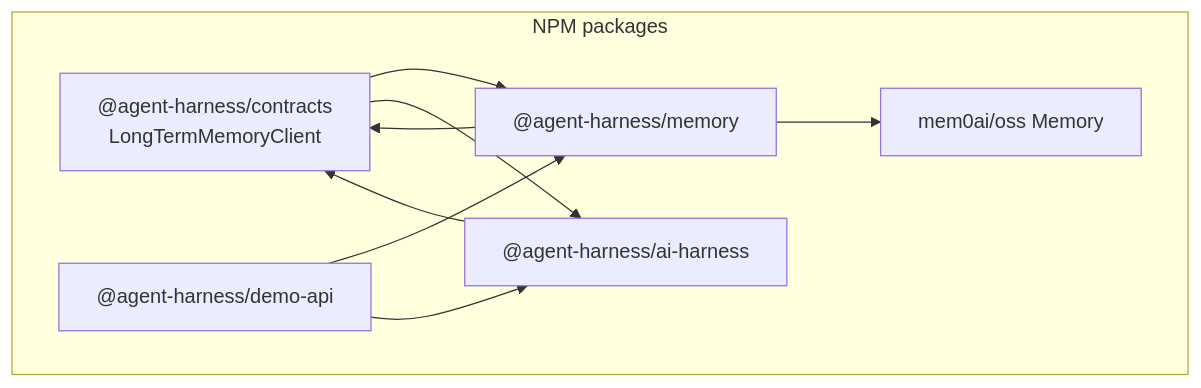
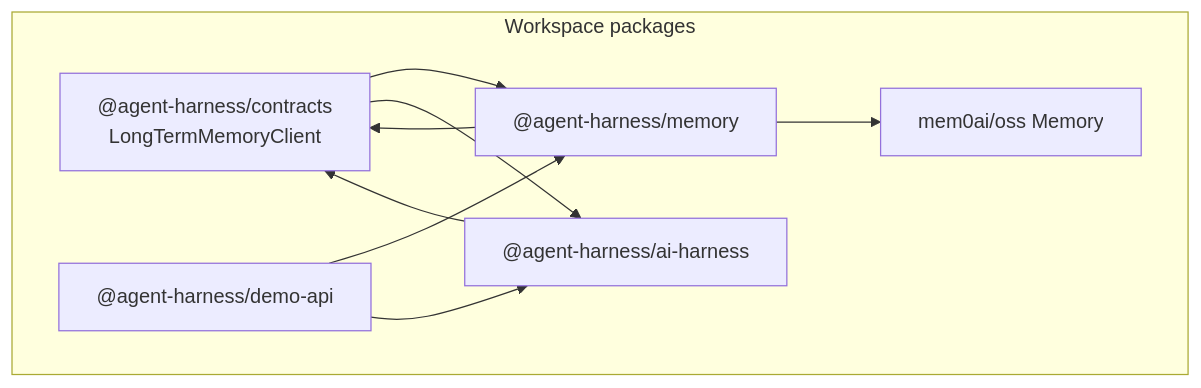
The first of 4 diagrams in packages/memory/README.md (c2pig/ai-harness), drawn with Mermaid before and after one commit. The commit also changed other lines of this file and 50 other files, not shown here.

````diff
--- a/packages/memory/README.md
+++ b/packages/memory/README.md
@@ -26,17 +27,17 @@
 ```mermaid
 flowchart TB
-  subgraph npm [NPM packages]
+  subgraph pkg [Workspace packages]
     contracts["@agent-harness/contracts\nLongTermMemoryClient"]
     memoryPkg["@agent-harness/memory"]
     aiHarness["@agent-harness/ai-harness"]
     demoApi["@agent-harness/demo-api"]
     mem0ai["mem0ai/oss Memory"]
   end
   contracts --> memoryPkg
   contracts --> aiHarness
   memoryPkg --> mem0ai
   memoryPkg --> contracts
   demoApi --> memoryPkg
   demoApi --> aiHarness
   aiHarness --> contracts
 ```
````
